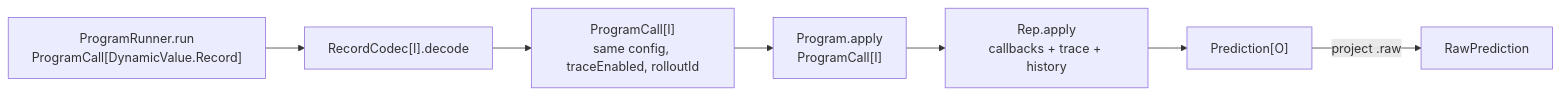
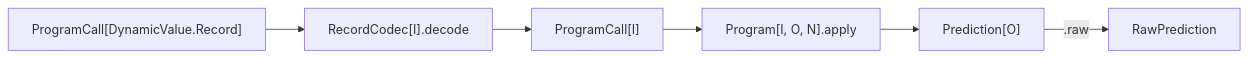
Before and after one commit to jpablo/dspy4s: the third of 3 diagrams in modules/programs/src/main/scala/dspy4s/programs/algebra/Program.md, drawn with Mermaid. The commit also changed other lines of this file and 20 other files, not shown here.

````diff
--- a/modules/programs/src/main/scala/dspy4s/programs/algebra/Program.md
+++ b/modules/programs/src/main/scala/dspy4s/programs/algebra/Program.md
@@ -167,15 +240,11 @@
 ```mermaid
 flowchart LR
-    typedEntry["Program.apply<br/>ProgramCall[I]"]
-    moduleBoundary["Rep.apply<br/>callbacks + trace + history"]
-    typedResult["Prediction[O]"]
+    record["ProgramCall[DynamicValue.Record]"]
+    decode["RecordCodec[I].decode"]
+    typedCall["ProgramCall[I]"]
+    apply["Program[I, O, N].apply"]
+    prediction["Prediction[O]"]
+    raw["RawPrediction"]
 
-    recordEntry["ProgramRunner.run<br/>ProgramCall[DynamicValue.Record]"]
-    decodeInput["RecordCodec[I].decode"]
-    mappedEnvelope["ProgramCall[I]<br/>same config, traceEnabled, rolloutId"]
-    rawResult["RawPrediction"]
-
-    typedEntry --> moduleBoundary --> typedResult
-    recordEntry --> decodeInput --> mappedEnvelope --> typedEntry
-    typedResult -->|"project .raw"| rawResult
+    record --> decode --> typedCall --> apply --> prediction -->|".raw"| raw
 ```
````
